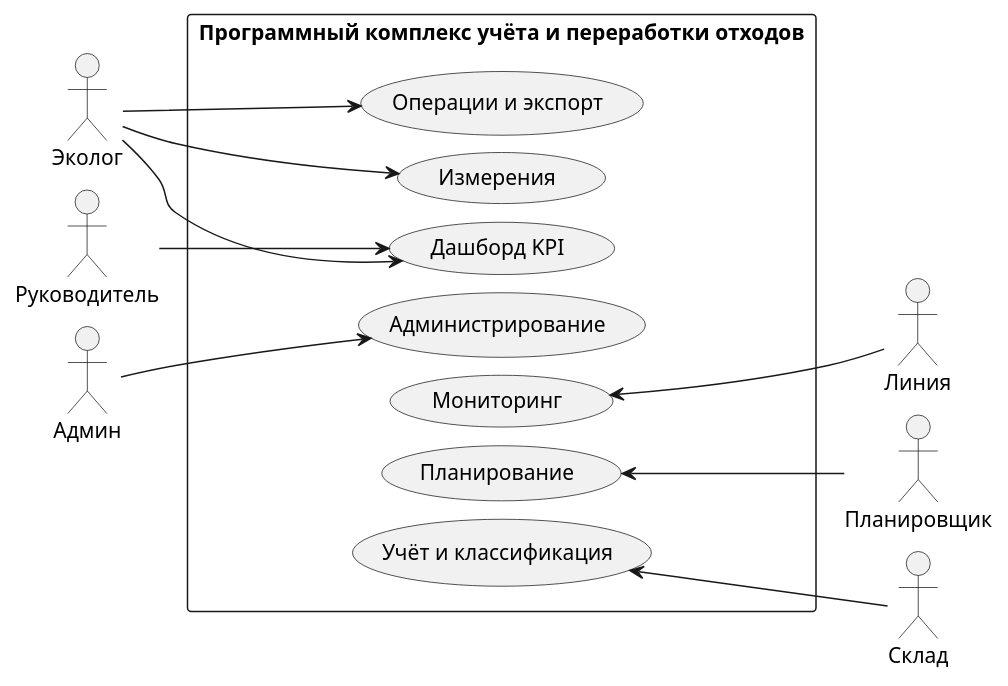
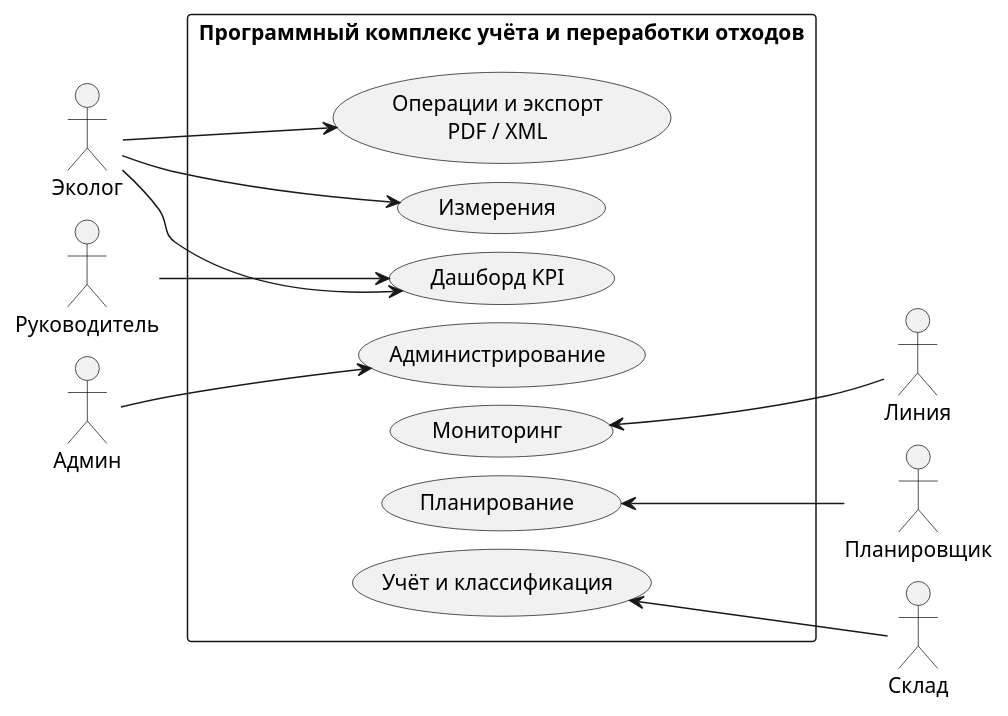
Before and after one commit to Dourfyt/diplom: the diagram in eco/docs/diagrams/use_case_kompleks_simple.puml, drawn with PlantUML. The commit also changed 6 other files, not shown here.

First line of the commit message:
Обновила UML-диаграммы: экспорт только PDF и XML.

```diff
--- a/eco/docs/diagrams/use_case_kompleks_simple.puml
+++ b/eco/docs/diagrams/use_case_kompleks_simple.puml
@@ -1,44 +1,44 @@
 @startuml UseCase_kompleks_simple
 ' Упрощённая диаграмма — горизонтальная, для слайда 16:9
 
 left to right direction
 skinparam shadowing false
 skinparam defaultFontSize 14
 skinparam nodesep 12
 skinparam ranksep 35
 
 rectangle "Программный комплекс учёта и переработки отходов" {
 
   usecase "Учёт и классификация" as U1
   usecase "Планирование" as U2
   usecase "Мониторинг" as U3
-  usecase "Операции и экспорт" as U4
+  usecase "Операции и экспорт\nPDF / XML" as U4
   usecase "Измерения" as U5
   usecase "Дашборд KPI" as U6
   usecase "Администрирование" as U7
 
   U1 -[hidden]r-> U2
   U2 -[hidden]r-> U3
   U3 -[hidden]r-> U4
   U4 -[hidden]r-> U5
   U5 -[hidden]r-> U6
   U6 -[hidden]r-> U7
 }
 
 actor "Склад" as A1
 actor "Планировщик" as A2
 actor "Линия" as A3
 actor "Эколог" as A4
 actor "Руководитель" as A5
 actor "Админ" as A6
 
 A1 -up-> U1
 A2 -up-> U2
 A3 -up-> U3
 A4 -down-> U4
 A4 -down-> U5
 A4 -down-> U6
 A5 -down-> U6
 A6 -down-> U7
 
 @enduml
```
